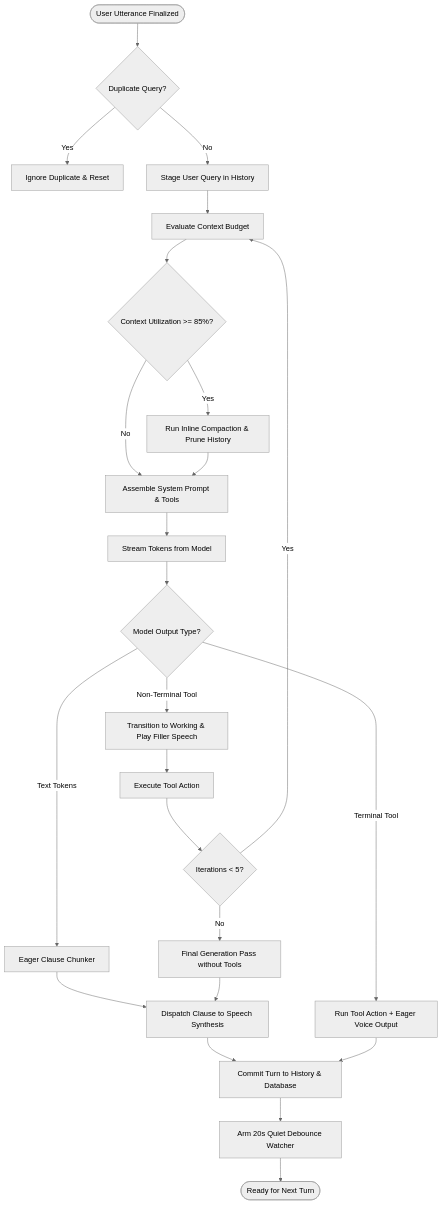
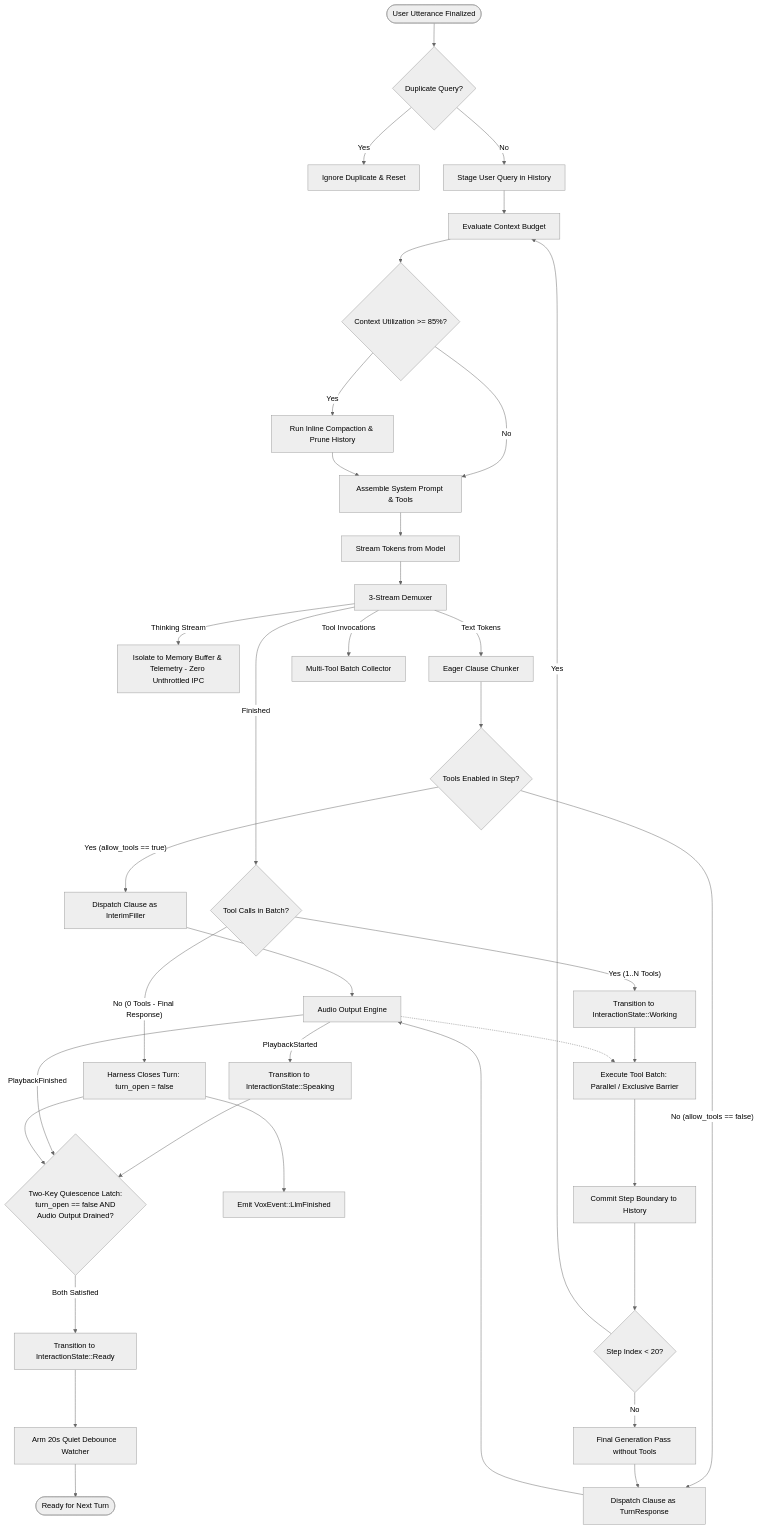
Before and after one commit to addy-47/vox: the first of 2 diagrams in docs/specs/harness-spec.md, drawn with Mermaid (neutral theme). The commit also changed other lines of this file and 10 other files, not shown here.

First line of the commit message:
docs(harness): specify Domain 1 stream demuxing, universal tools & Two-Key Latch

````diff
--- a/docs/specs/harness-spec.md
+++ b/docs/specs/harness-spec.md
@@ -34,34 +35,48 @@
 ```mermaid
 flowchart TD
     Start([User Utterance Finalized]) --> Dedupe{"Duplicate Query?"}
     Dedupe -- Yes --> Drop[Ignore Duplicate & Reset]
     Dedupe -- No --> StageUser[Stage User Query in History]
     
     StageUser --> EvalBudget[Evaluate Context Budget]
     EvalBudget --> CheckCritical{"Context Utilization >= 85%?"}
     
     CheckCritical -- Yes --> InlineCompact[Run Inline Compaction & Prune History]
     CheckCritical -- No --> AssemblePrompt[Assemble System Prompt & Tools]
     InlineCompact --> AssemblePrompt
     
     AssemblePrompt --> DispatchModel[Stream Tokens from Model]
+    DispatchModel --> StreamDemux[3-Stream Demuxer]
     
-    DispatchModel --> StreamDemux{"Model Output Type?"}
+    StreamDemux -- Thinking Stream --> Quarantine[Isolate to Memory Buffer & Telemetry - Zero Unthrottled IPC]
     
     StreamDemux -- Text Tokens --> EagerChunk[Eager Clause Chunker]
-    EagerChunk --> TTS[Dispatch Clause to Speech Synthesis]
-    TTS --> FinalizeTurn[Commit Turn to History & Database]
+    EagerChunk --> ResolveIntent{"Tools Enabled in Step?"}
+    ResolveIntent -- "Yes (allow_tools == true)" --> InterimTTS[Dispatch Clause as InterimFiller]
+    ResolveIntent -- "No (allow_tools == false)" --> FinalTTS[Dispatch Clause as TurnResponse]
+    InterimTTS --> SoundCard[Audio Output Engine]
+    FinalTTS --> SoundCard
     
-    StreamDemux -- Terminal Tool --> TermTool[Run Tool Action + Eager Voice Output]
-    TermTool --> FinalizeTurn
+    StreamDemux -- Tool Invocations --> BatchCollector[Multi-Tool Batch Collector]
     
-    StreamDemux -- Non-Terminal Tool --> NonTermTool[Transition to Working & Play Filler Speech]
-    NonTermTool --> ExecTool[Execute Tool Action]
-    ExecTool --> ReenterLoop{"Iterations < 5?"}
-    ReenterLoop -- Yes --> EvalBudget
-    ReenterLoop -- No --> ForceText[Final Generation Pass without Tools]
-    ForceText --> TTS
+    StreamDemux -- Finished --> EvaluatePass{"Tool Calls in Batch?"}
     
+    EvaluatePass -- "Yes (1..N Tools)" --> TransWorking[Transition to InteractionState::Working]
+    TransWorking --> ExecBatch[Execute Tool Batch: Parallel / Exclusive Barrier]
+    SoundCard -.-> ExecBatch
+    ExecBatch --> CommitStep[Commit Step Boundary to History]
+    CommitStep --> CheckSteps{"Step Index < 20?"}
+    CheckSteps -- Yes --> EvalBudget
+    CheckSteps -- No --> ForceText[Final Generation Pass without Tools]
+    ForceText --> FinalTTS
+    
+    EvaluatePass -- "No (0 Tools - Final Response)" --> CloseTurn[Harness Closes Turn: turn_open = false]
+    CloseTurn --> EmitFinished[Emit VoxEvent::LlmFinished]
+    SoundCard -- "PlaybackStarted" --> TransSpeaking[Transition to InteractionState::Speaking]
+    TransSpeaking --> LatchWait{"Two-Key Quiescence Latch:<br/>turn_open == false AND<br/>Audio Output Drained?"}
+    SoundCard -- "PlaybackFinished" --> LatchWait
+    CloseTurn --> LatchWait
+    LatchWait -- "Both Satisfied" --> FinalizeTurn[Transition to InteractionState::Ready]
     FinalizeTurn --> IdleWatch[Arm 20s Quiet Debounce Watcher]
     IdleWatch --> Done([Ready for Next Turn])
 ```
````
